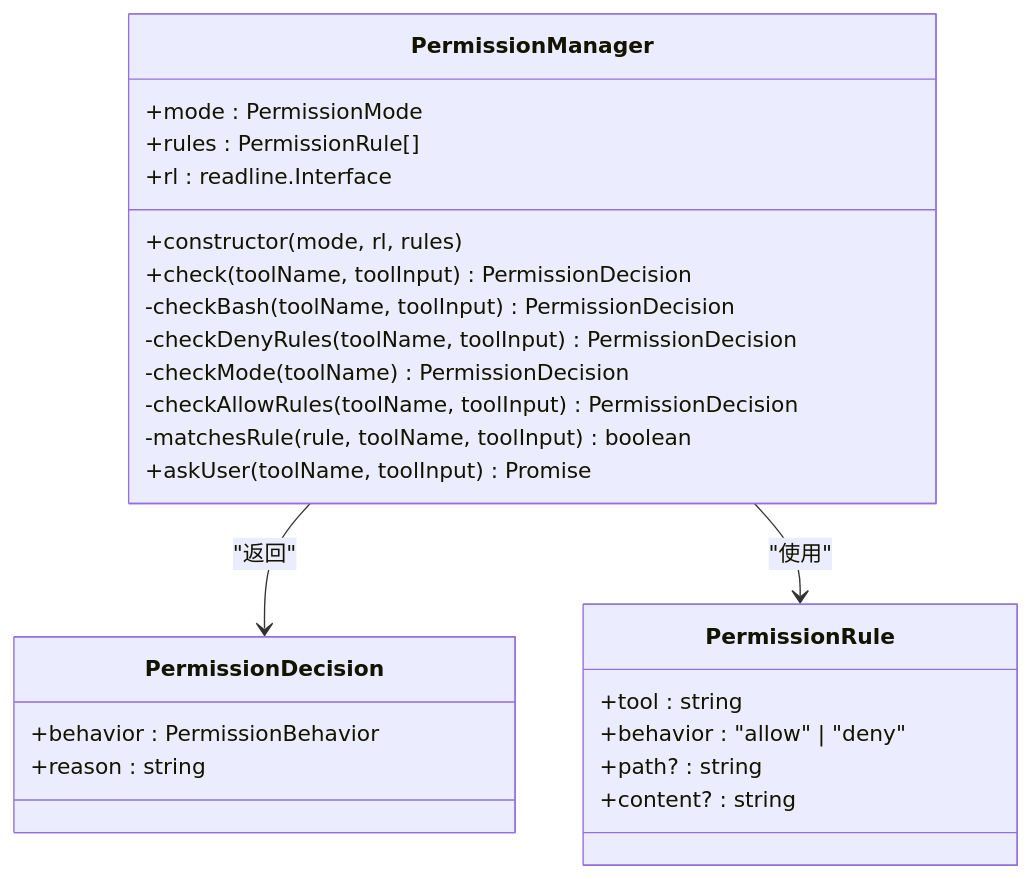
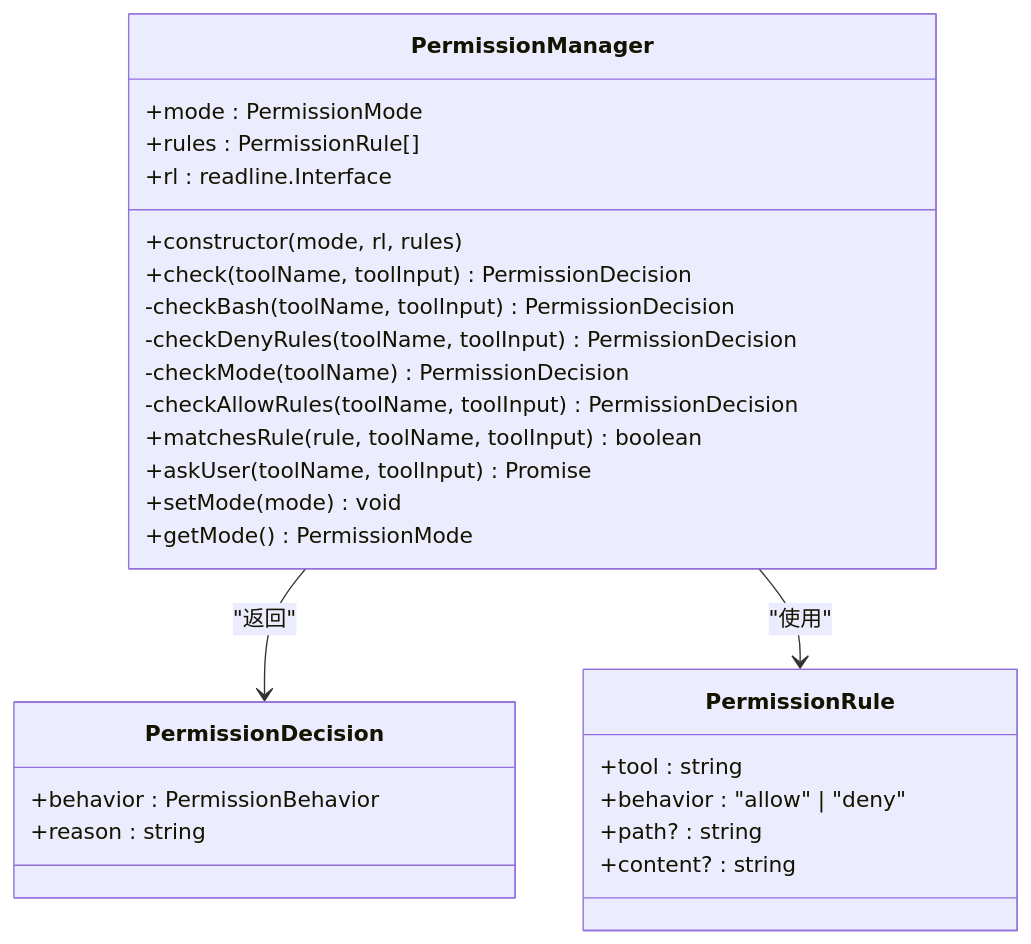
The third of 6 diagrams in .qoder/repowiki/zh/content/安全最佳实践/权限管理系统.md (eurekaYYzero/Mini-Claude-Code), drawn with Mermaid before and after one commit. The commit also changed other lines of this file and 27 other files, not shown here.

````diff
--- a/.qoder/repowiki/zh/content/安全最佳实践/权限管理系统.md
+++ b/.qoder/repowiki/zh/content/安全最佳实践/权限管理系统.md
@@ -140,28 +162,30 @@
 ```mermaid
 classDiagram
 class PermissionManager {
 +mode : PermissionMode
 +rules : PermissionRule[]
 +rl : readline.Interface
 +constructor(mode, rl, rules)
 +check(toolName, toolInput) PermissionDecision
 -checkBash(toolName, toolInput) PermissionDecision
 -checkDenyRules(toolName, toolInput) PermissionDecision
 -checkMode(toolName) PermissionDecision
 -checkAllowRules(toolName, toolInput) PermissionDecision
--matchesRule(rule, toolName, toolInput) boolean
++matchesRule(rule, toolName, toolInput) boolean
 +askUser(toolName, toolInput) Promise<boolean>
++setMode(mode) void
++getMode() PermissionMode
 }
 class PermissionDecision {
 +behavior : PermissionBehavior
 +reason : string
 }
 class PermissionRule {
 +tool : string
 +behavior : "allow" | "deny"
 +path? : string
 +content? : string
 }
 PermissionManager --> PermissionDecision : "返回"
 PermissionManager --> PermissionRule : "使用"
 ```
````
